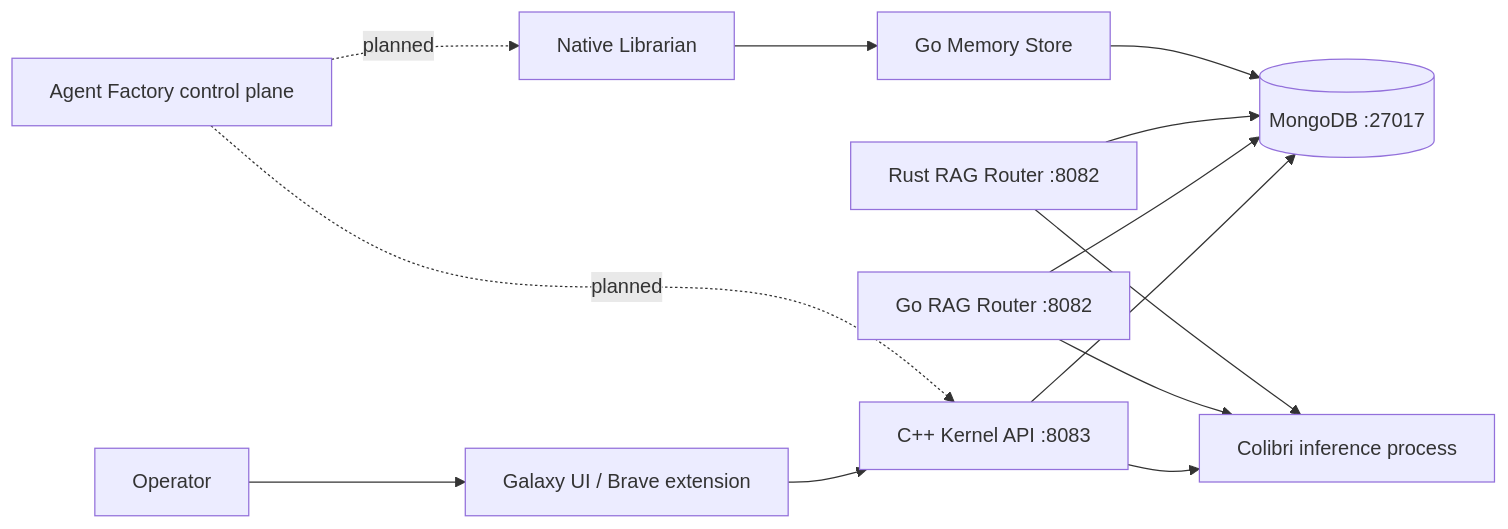
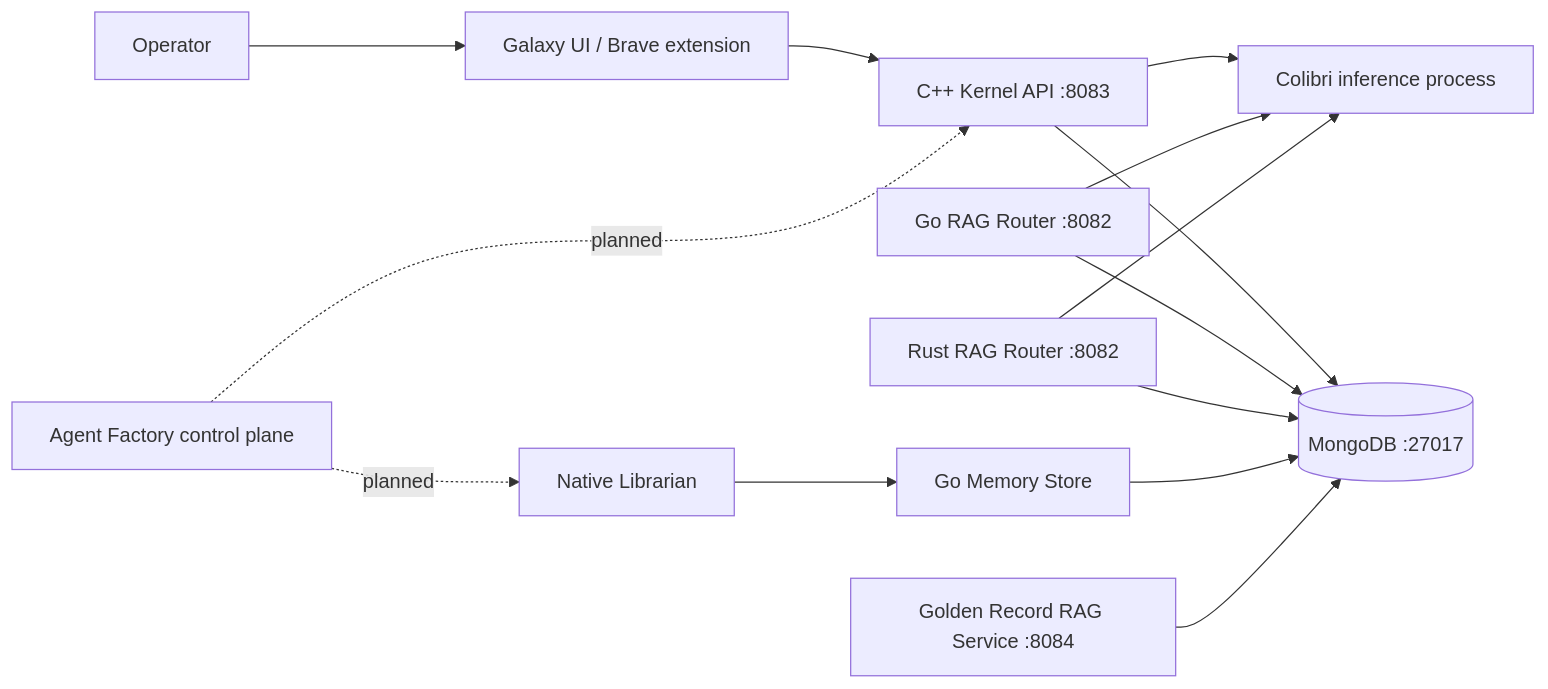
One commit to usrname1git/GodBrain changed the first of 4 diagrams in ARCHITECTURE.md. Above: the diagram before and after it, drawn with Mermaid. The commit also changed other lines of this file and 25 other files, not shown here.

First line of the commit message:
feat: add committed golden record retrieval

````diff
--- a/ARCHITECTURE.md
+++ b/ARCHITECTURE.md
@@ -40,26 +40,28 @@
 ```mermaid
 flowchart LR
     Operator[Operator]
     UI[Galaxy UI / Brave extension]
     Kernel[C++ Kernel API :8083]
     GoRouter[Go RAG Router :8082]
     RustRouter[Rust RAG Router :8082]
     Mongo[(MongoDB :27017)]
     Colibri[Colibri inference process]
     Librarian[Native Librarian]
     Memory[Go Memory Store]
+    RAG[Golden Record RAG Service :8084]
     Factory[Agent Factory control plane]
 
     Operator --> UI
     UI --> Kernel
     Kernel --> Mongo
     Kernel --> Colibri
     GoRouter --> Mongo
     GoRouter --> Colibri
     RustRouter --> Mongo
     RustRouter --> Colibri
     Librarian --> Memory
     Memory --> Mongo
+    RAG --> Mongo
     Factory -. planned .-> Kernel
     Factory -. planned .-> Librarian
 ```
````
